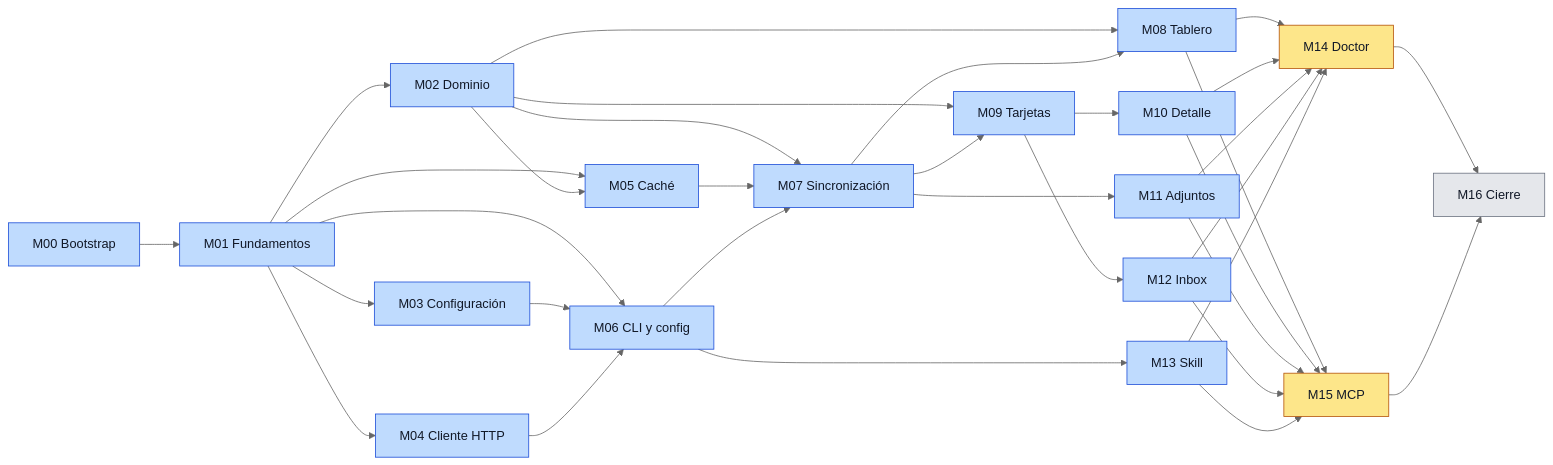
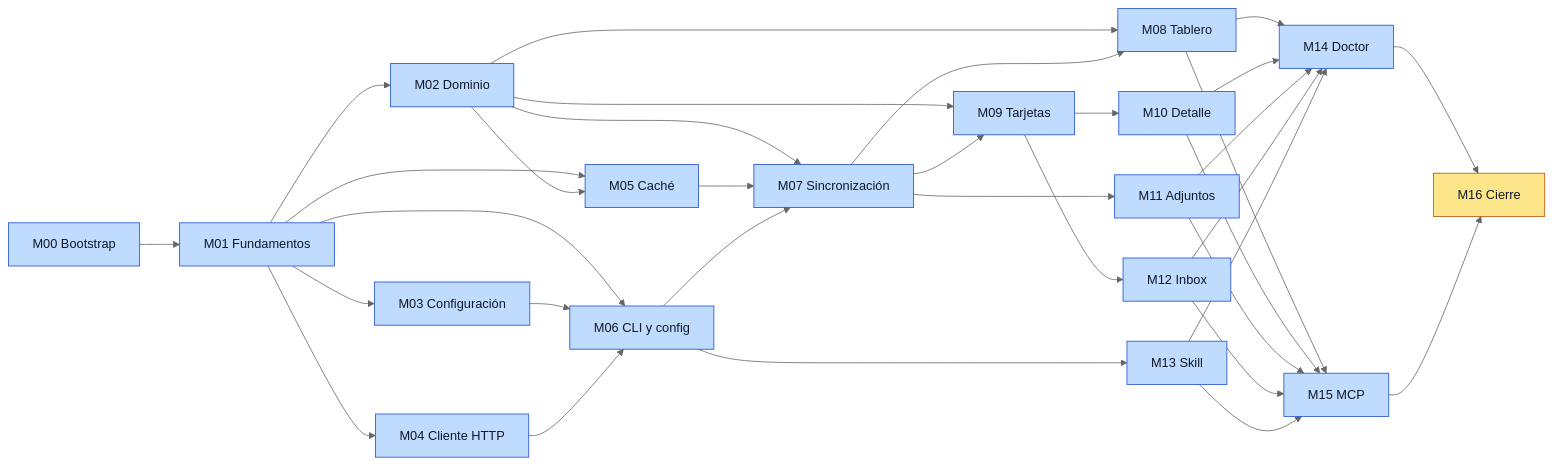
The diagram in docs/plan/00-plan-maestro.md (dayler/trelloctl), drawn with Mermaid (neutral theme) before and after one commit. The commit also changed other lines of this file, not shown here.

Commit message:
docs(plan): wave 7 in review, start wave 8

````diff
--- a/docs/plan/00-plan-maestro.md
+++ b/docs/plan/00-plan-maestro.md
@@ -84,50 +84,50 @@
 ```mermaid
 flowchart LR
     M00[M00 Bootstrap] --> M01[M01 Fundamentos]
     M01 --> M02[M02 Dominio]
     M01 --> M03[M03 Configuración]
     M01 --> M04[M04 Cliente HTTP]
     M01 --> M05[M05 Caché]
     M02 --> M05
     M01 --> M06[M06 CLI y config]
     M03 --> M06
     M04 --> M06
     M02 --> M07[M07 Sincronización]
     M05 --> M07
     M06 --> M07
     M06 --> M13[M13 Skill]
     M02 --> M08[M08 Tablero]
     M07 --> M08
     M02 --> M09[M09 Tarjetas]
     M07 --> M09
     M07 --> M11[M11 Adjuntos]
     M09 --> M10[M10 Detalle]
     M09 --> M12[M12 Inbox]
     M08 --> M14[M14 Doctor]
     M10 --> M14
     M11 --> M14
     M12 --> M14
     M13 --> M14
     M08 --> M15[M15 MCP]
     M10 --> M15
     M11 --> M15
     M12 --> M15
     M13 --> M15
     M14 --> M16[M16 Cierre]
     M15 --> M16
 
     classDef pending fill:#e5e7eb,stroke:#6b7280,color:#111827
     classDef in_progress fill:#fde68a,stroke:#b45309,color:#111827
     classDef in_review fill:#bfdbfe,stroke:#1d4ed8,color:#111827
     classDef done fill:#bbf7d0,stroke:#15803d,color:#111827
     classDef blocked fill:#fecaca,stroke:#b91c1c,color:#111827
-    class M16 pending
     class M00 in_review
     class M01 in_review
     class M02,M03,M04 in_review
     class M05,M06 in_review
     class M07,M13 in_review
     class M08,M09,M11 in_review
     class M10,M12 in_review
-    class M14,M15 in_progress
+    class M14,M15 in_review
+    class M16 in_progress
 ```
````
